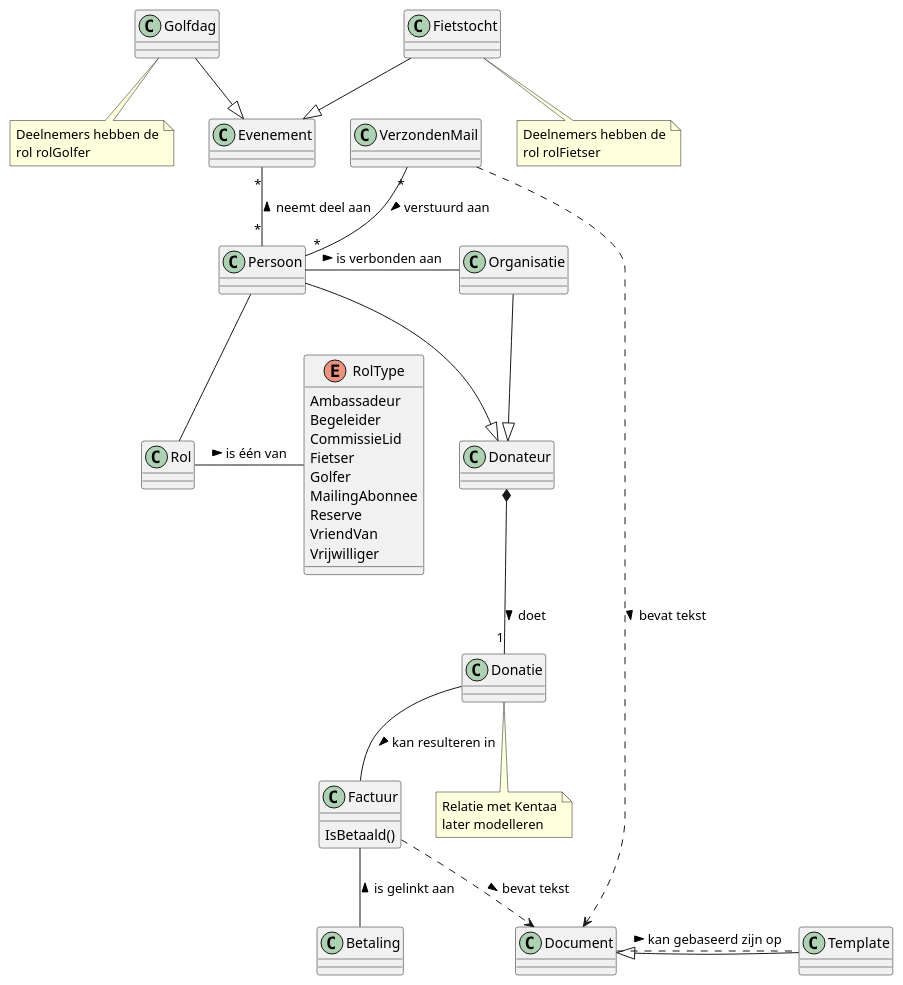
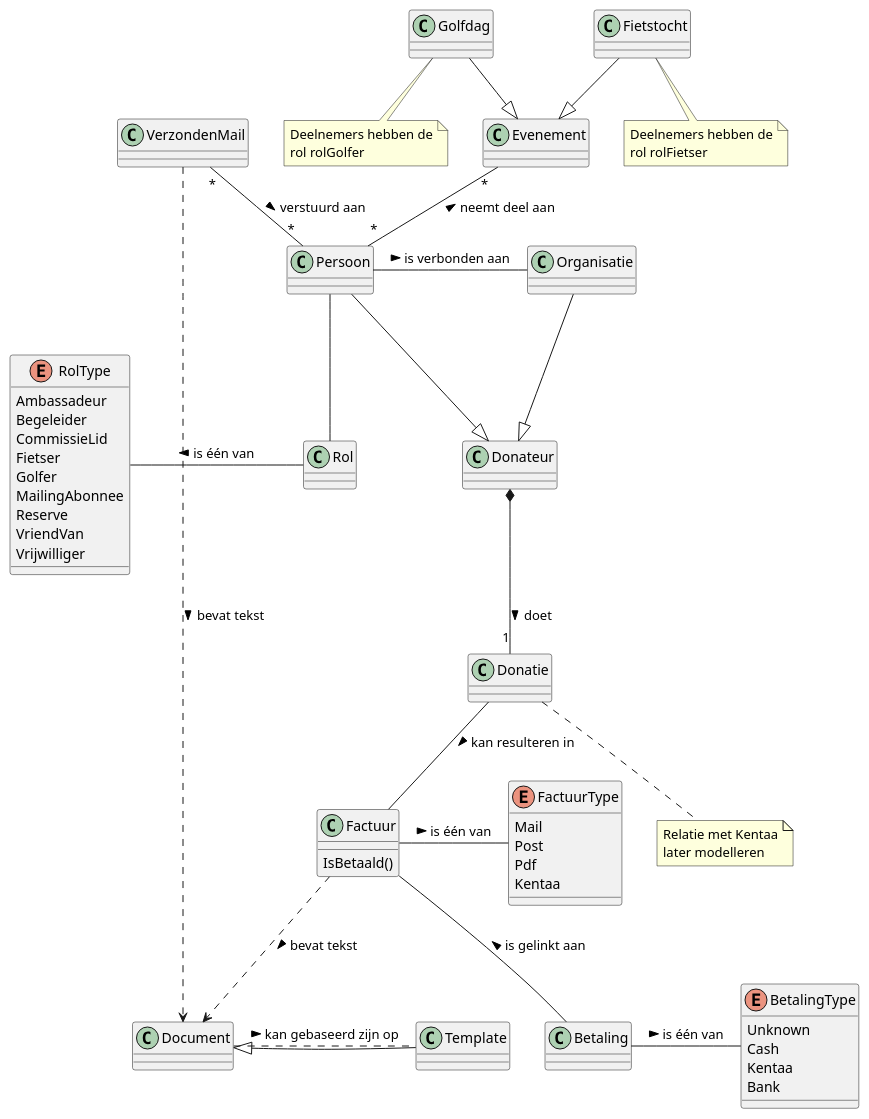
Before and after one commit to florisz/BerghAdmin: the diagram in BerghAdmin/ClassModel.puml, drawn with PlantUML. The commit also changed 30 other files, not shown here.

```diff
--- a/BerghAdmin/ClassModel.puml
+++ b/BerghAdmin/ClassModel.puml
@@ -1,84 +1,100 @@
 @startuml
 Class Persoon {
 }
 
 Class Rol {
 }
 
 enum RolType {
   Ambassadeur 
   Begeleider
   CommissieLid
   Fietser 
   Golfer
   MailingAbonnee
   Reserve 
   VriendVan
   Vrijwilliger
 }
 
 Class Organisatie {
 }
 Persoon -right- Organisatie : > is verbonden aan
 
 Persoon -down- Rol
 Rol -left- RolType : is één van >
 
 Class VerzondenMail {
 }
 
 Class Donateur {
 }
 
 class Donatie {
 }
+
 note "Relatie met Kentaa\nlater modelleren" as Note3
 Donatie .. Note3
 
 Donateur <|-up- Persoon
 Donateur <|-up- Organisatie
 Donateur *-- "1" Donatie : doet >
 
 class Factuur {
   IsBetaald()
 }
+enum FactuurType {
+  Mail
+  Post
+  Pdf
+  Kentaa
+}
+Factuur -right- FactuurType : is één van >
 
 class Betaling {
   
 }
+enum BetalingType {
+  Unknown
+  Cash
+  Kentaa
+  Bank
+}
+Betaling -right- BetalingType : is één van >
+
 Donatie -- Factuur : > kan resulteren in
 Factuur -- Betaling : < is gelinkt aan
 
 class Document {
 
 }
 class Template {
 
 }
 Document <|-right- Template
 Document .. Template : > kan gebaseerd zijn op 
 
 Factuur ..> Document : > bevat tekst
 VerzondenMail ..> Document : > bevat tekst
 
 class Evenement {
 
 }
 class Fietstocht {
 
 }
 note "Deelnemers hebben de\nrol rolFietser" as Note1
 Fietstocht .. Note1
 class Golfdag {
 
 }
 note "Deelnemers hebben de\nrol rolGolfer" as Note2
 Golfdag .. Note2
 
 Evenement <|-up- Fietstocht
 Evenement <|-up- Golfdag
 
 VerzondenMail "*" -down- "*" Persoon : > verstuurd aan
 Evenement "*" -down- "*" Persoon : < neemt deel aan
 
 @enduml
```
